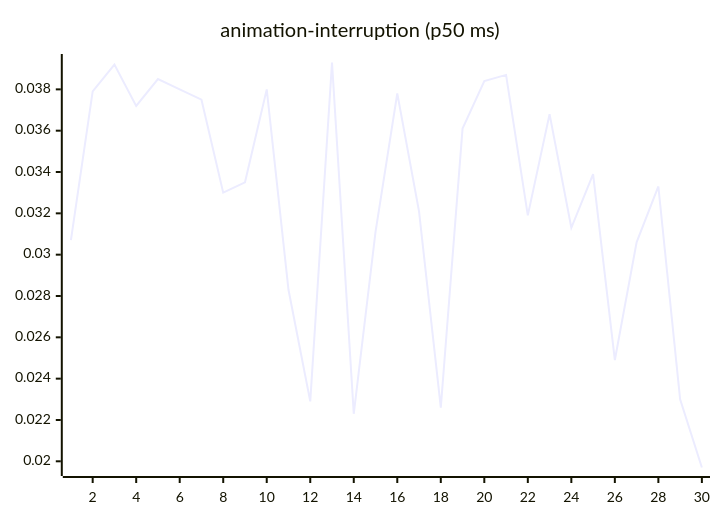
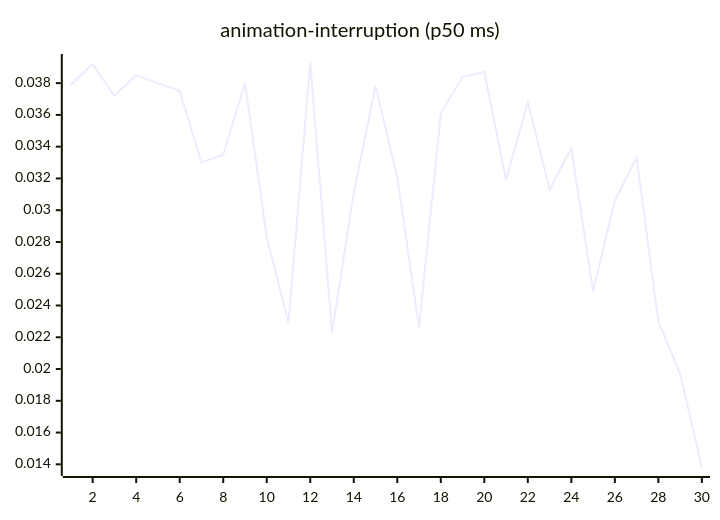
One commit to josha/Facet changed the third of 27 diagrams in README.md. Above: the diagram before and after it, drawn with Mermaid. The commit also changed other lines of this file and 2 other files, not shown here.

````diff
--- a/README.md
+++ b/README.md
@@ -77,6 +77,6 @@
 ```mermaid
 xychart-beta
     title "animation-interruption (p50 ms)"
     x-axis 1 --> 30
-    line [0.0307, 0.0379, 0.0392, 0.0372, 0.0385, 0.0380, 0.0375, 0.0330, 0.0335, 0.0380, 0.0283, 0.0229, 0.0393, 0.0223, 0.0311, 0.0378, 0.0321, 0.0226, 0.0361, 0.0384, 0.0387, 0.0319, 0.0368, 0.0313, 0.0339, 0.0249, 0.0306, 0.0333, 0.0230, 0.0197]
+    line [0.0379, 0.0392, 0.0372, 0.0385, 0.0380, 0.0375, 0.0330, 0.0335, 0.0380, 0.0283, 0.0229, 0.0393, 0.0223, 0.0311, 0.0378, 0.0321, 0.0226, 0.0361, 0.0384, 0.0387, 0.0319, 0.0368, 0.0313, 0.0339, 0.0249, 0.0306, 0.0333, 0.0230, 0.0197, 0.0138]
 ```
````
